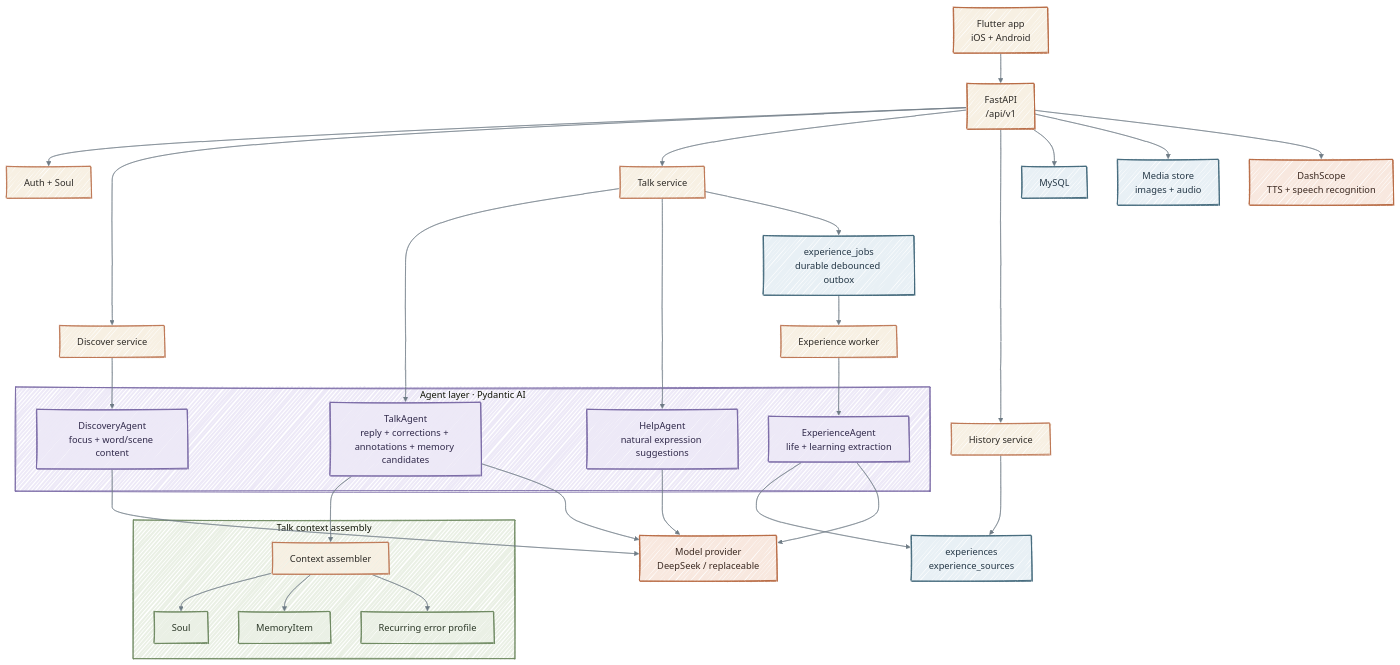
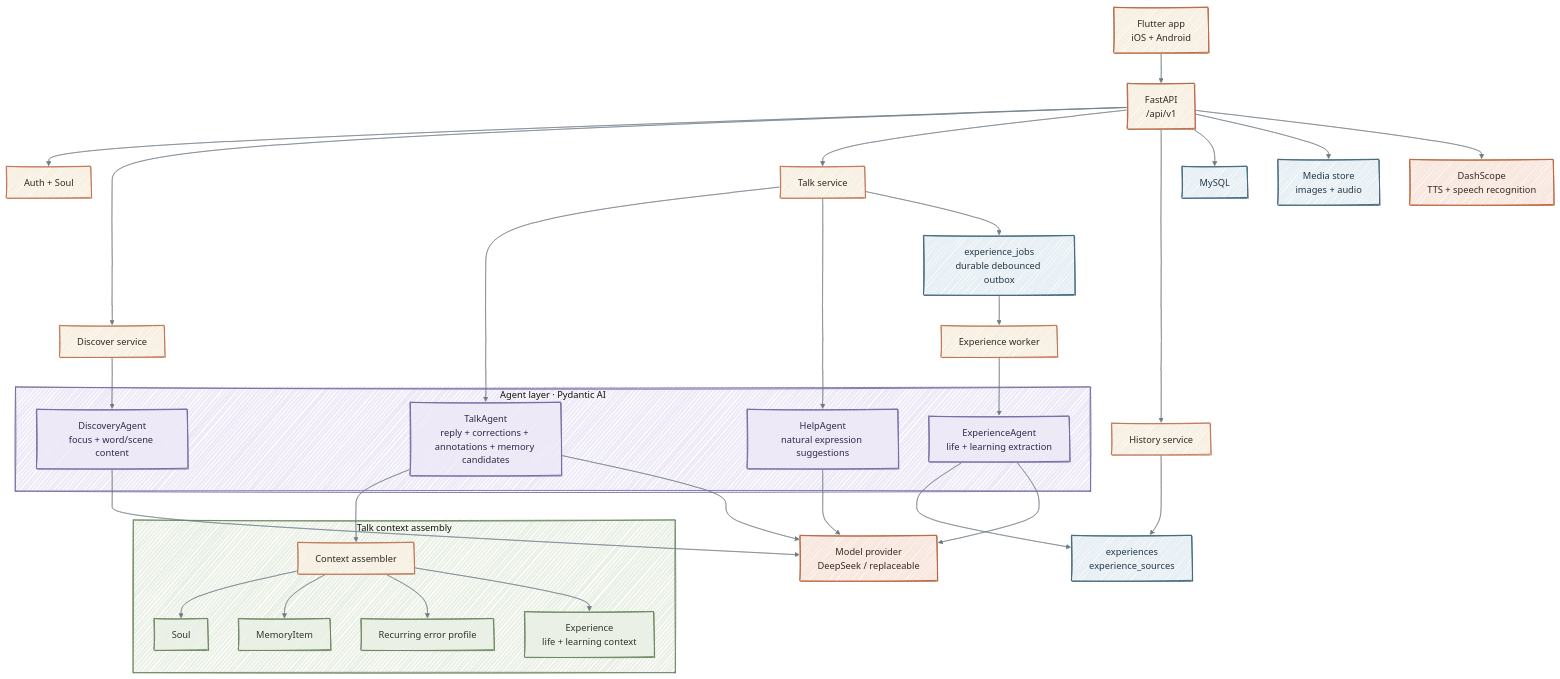
The second of 4 diagrams in README.md (ZhangPeibin/Named), drawn with Mermaid before and after one commit. The commit also changed other lines of this file and 6 other files, not shown here.

````diff
--- a/README.md
+++ b/README.md
@@ -93,73 +93,75 @@
 ```mermaid
 %%{init: {
   "theme": "base",
   "look": "handDrawn",
   "themeVariables": {
     "background": "#FBF8F2",
     "primaryColor": "#F7F0E3",
     "primaryTextColor": "#2D2A26",
     "primaryBorderColor": "#B86B45",
     "lineColor": "#6F7C86",
     "secondaryColor": "#E8F0F5",
     "tertiaryColor": "#EDE9F7",
     "fontFamily": "ui-rounded, Trebuchet MS, sans-serif"
   }
 }}%%
 flowchart TB
     App["Flutter app<br/>iOS + Android"] --> API["FastAPI<br/>/api/v1"]
 
     API --> Auth["Auth + Soul"]
     API --> Discover["Discover service"]
     API --> Talk["Talk service"]
     API --> History["History service"]
 
     subgraph AgentLayer["Agent layer · Pydantic AI"]
         DiscoveryAgent["DiscoveryAgent<br/>focus + word/scene content"]
         TalkAgent["TalkAgent<br/>reply + corrections + annotations + memory candidates"]
         HelpAgent["HelpAgent<br/>natural expression suggestions"]
         ExperienceAgent["ExperienceAgent<br/>life + learning extraction"]
     end
 
     Discover --> DiscoveryAgent
     Talk --> TalkAgent
     Talk --> HelpAgent
 
     subgraph ContextLayer["Talk context assembly"]
         Context["Context assembler"]
         Soul["Soul"]
         Memory["MemoryItem"]
         Errors["Recurring error profile"]
+        Experiences["Experience<br/>life + learning context"]
     end
 
     TalkAgent --> Context
     Context --> Soul
     Context --> Memory
     Context --> Errors
+    Context --> Experiences
 
     Talk --> Queue["experience_jobs<br/>durable debounced outbox"]
     Queue --> Worker["Experience worker"]
     Worker --> ExperienceAgent
     ExperienceAgent --> ExperienceStore["experiences<br/>experience_sources"]
     History --> ExperienceStore
 
     DiscoveryAgent --> Model["Model provider<br/>DeepSeek / replaceable"]
     TalkAgent --> Model
     HelpAgent --> Model
     ExperienceAgent --> Model
     API --> DB["MySQL"]
     API --> Media["Media store<br/>images + audio"]
     API --> Speech["DashScope<br/>TTS + speech recognition"]
 
     classDef warm fill:#F7F0E3,stroke:#B86B45,stroke-width:1.7px,color:#2D2A26
     classDef blue fill:#E8F0F5,stroke:#456A7C,stroke-width:1.7px,color:#243746
     classDef sage fill:#EAF0E5,stroke:#6F8A62,stroke-width:1.7px,color:#2C3828
     classDef lavender fill:#EDE9F7,stroke:#7A6AA6,stroke-width:1.7px,color:#30294A
     classDef peach fill:#F8E8DF,stroke:#B86B45,stroke-width:1.7px,color:#3A2820
     class App,API warm
-    class Soul,Memory,Errors sage
+    class Soul,Memory,Errors,Experiences sage
     class DiscoveryAgent,TalkAgent,HelpAgent,ExperienceAgent lavender
     class Model,Speech peach
     class DB,Media,Queue,ExperienceStore blue
     style ContextLayer fill:#EAF0E5,stroke:#6F8A62,stroke-width:1.5px
     style AgentLayer fill:#EDE9F7,stroke:#7A6AA6,stroke-width:1.5px
 ```
````
